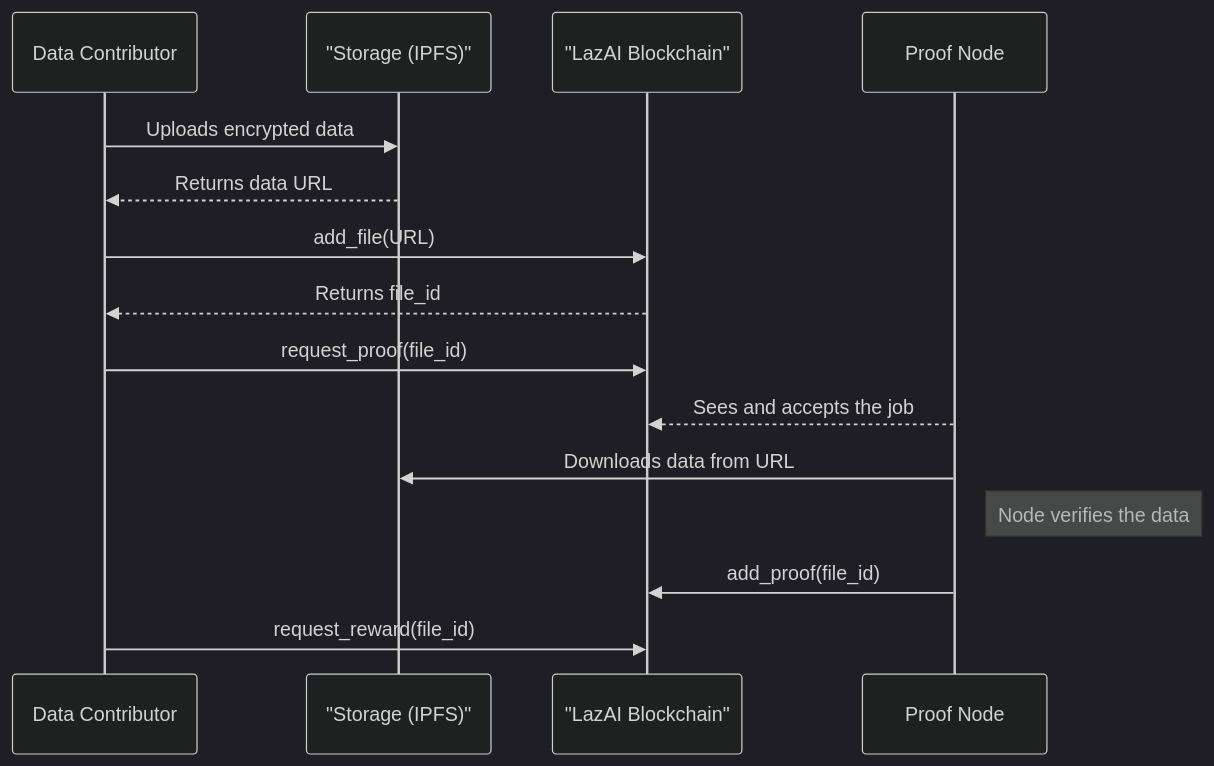
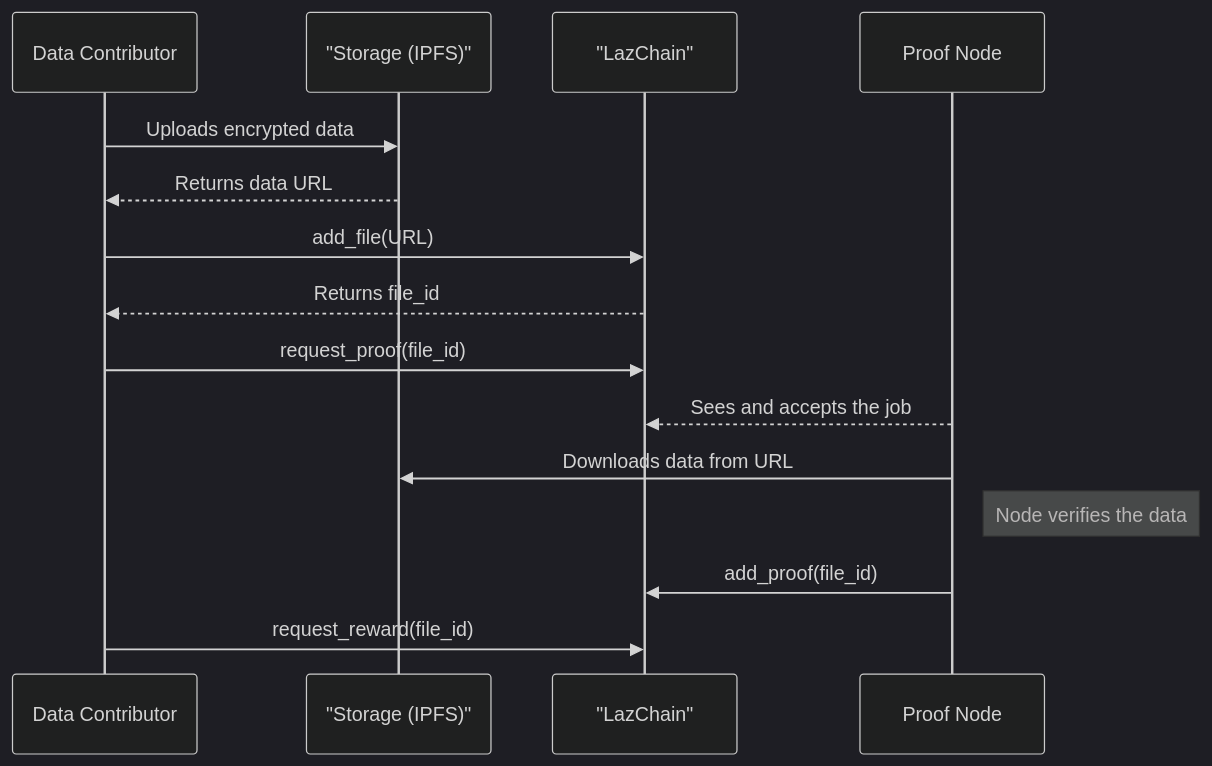
The diagram in content/docs/hyperion/lazai/proofs.mdx (MetisProtocol/docs), drawn with Mermaid (dark theme) before and after one commit. The commit also changed other lines of this file and 12 other files, not shown here.

````diff
--- a/content/docs/hyperion/lazai/proofs.mdx
+++ b/content/docs/hyperion/lazai/proofs.mdx
@@ -121,18 +121,18 @@
 ```mermaid
 sequenceDiagram
     participant C as Data Contributor
     participant IPFS as "Storage (IPFS)"
-    participant BC as "LazAI Blockchain"
+    participant BC as "LazChain"
     participant PN as Proof Node
 
     C->>IPFS: Uploads encrypted data
     IPFS-->>C: Returns data URL
     C->>BC: add_file(URL)
     BC-->>C: Returns file_id
     C->>BC: request_proof(file_id)
     PN-->>BC: Sees and accepts the job
     PN->>IPFS: Downloads data from URL
     Note right of PN: Node verifies the data
     PN->>BC: add_proof(file_id)
     C->>BC: request_reward(file_id)
 ```
````
